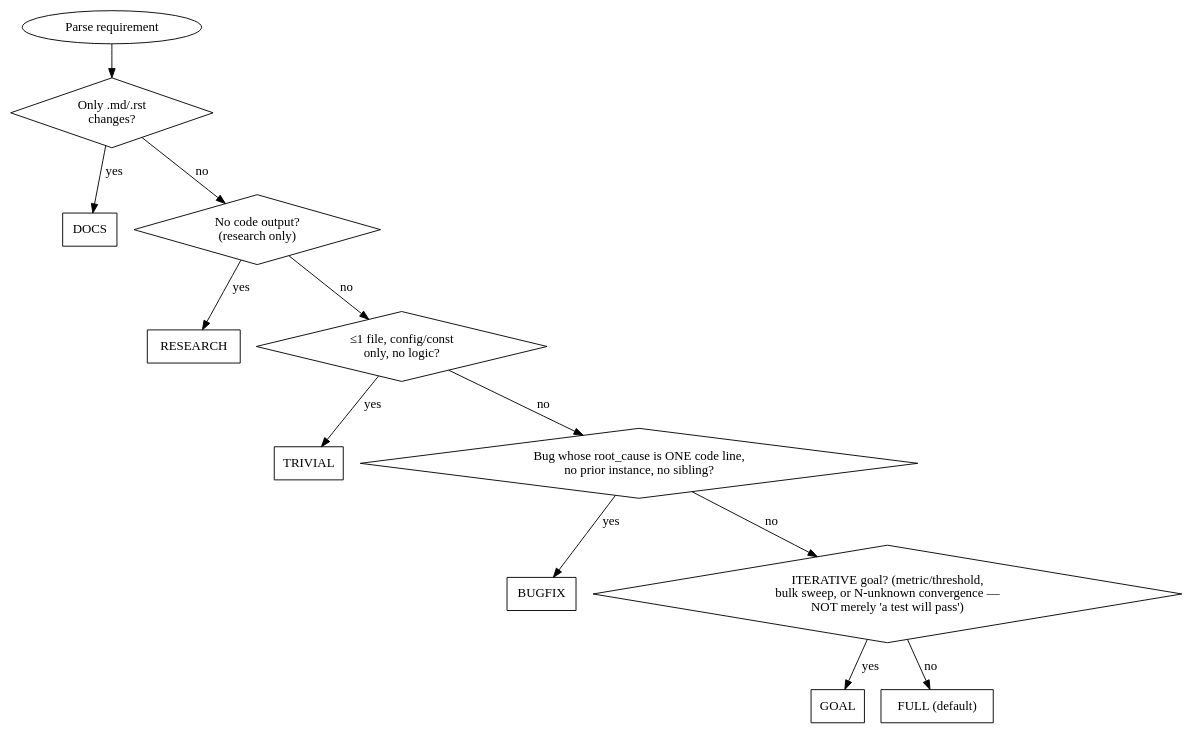
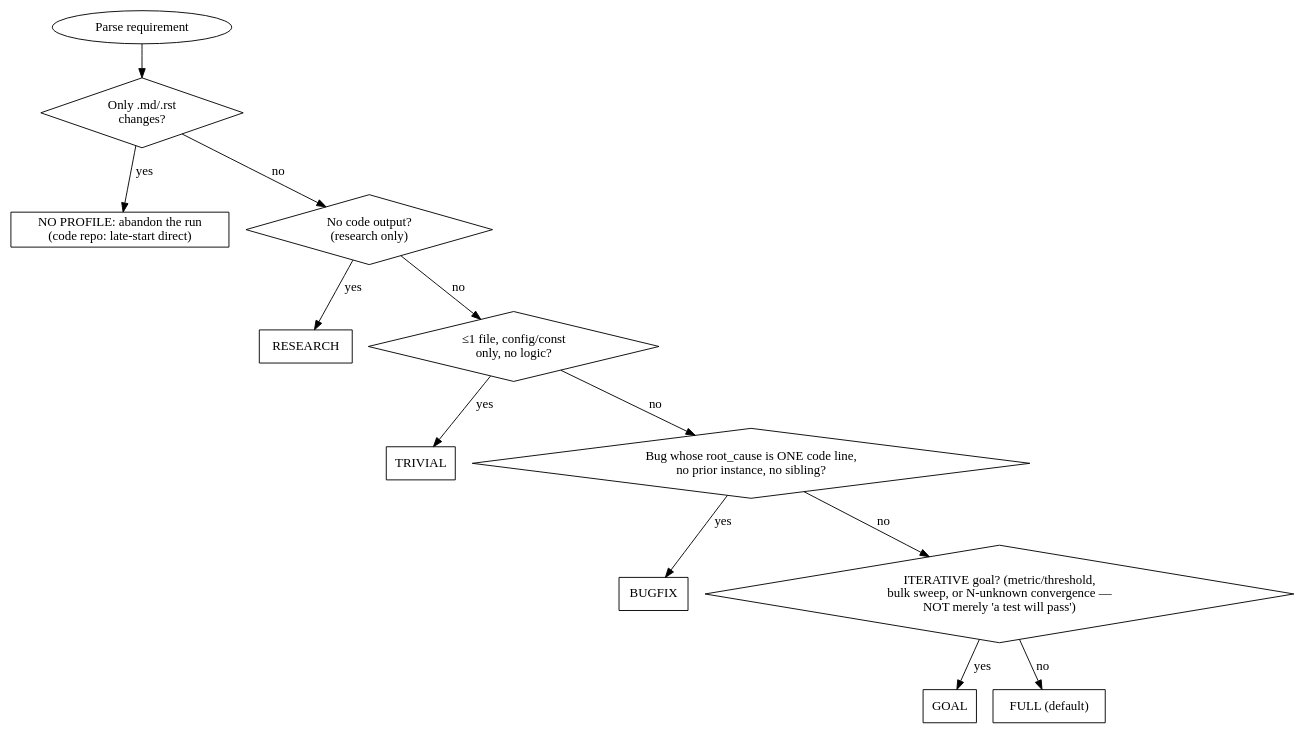
The diagram in backend/skills/s_autonomous-pipeline/stages/ref/evaluate/profile.md (xg-gh-25/SwarmAI), drawn with Graphviz before and after one commit. The commit also changed 33 other files, not shown here.

````diff
--- a/backend/skills/s_autonomous-pipeline/stages/ref/evaluate/profile.md
+++ b/backend/skills/s_autonomous-pipeline/stages/ref/evaluate/profile.md
@@ -10,23 +10,23 @@
 ```dot
 digraph profile_selection {
   rankdir=TB;
   start [label="Parse requirement", shape=ellipse];
   q0 [label="Only .md/.rst\nchanges?", shape=diamond];
-  docs [label="DOCS", shape=box];
+  docs [label="NO PROFILE: abandon the run\n(code repo: late-start direct)", shape=box];
   q1 [label="No code output?\n(research only)", shape=diamond];
   research [label="RESEARCH", shape=box];
   q2 [label="≤1 file, config/const\nonly, no logic?", shape=diamond];
   trivial [label="TRIVIAL", shape=box];
   q3 [label="Bug whose root_cause is ONE code line,\nno prior instance, no sibling?", shape=diamond];
   bugfix [label="BUGFIX", shape=box];
   q4 [label="ITERATIVE goal? (metric/threshold,\nbulk sweep, or N-unknown convergence —\nNOT merely 'a test will pass')", shape=diamond];
   goal [label="GOAL", shape=box];
   full [label="FULL (default)", shape=box];
   start -> q0;
   q0 -> docs [label="yes"]; q0 -> q1 [label="no"];
   q1 -> research [label="yes"]; q1 -> q2 [label="no"];
   q2 -> trivial [label="yes"]; q2 -> q3 [label="no"];
   q3 -> bugfix [label="yes"]; q3 -> q4 [label="no"];
   q4 -> goal [label="yes"]; q4 -> full [label="no"];
 }
 ```
````
